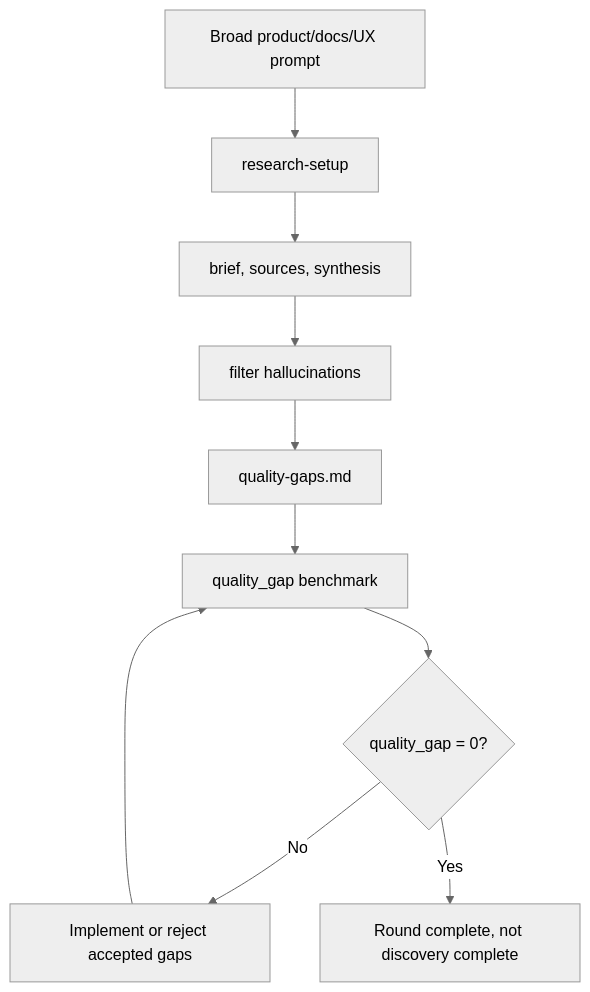
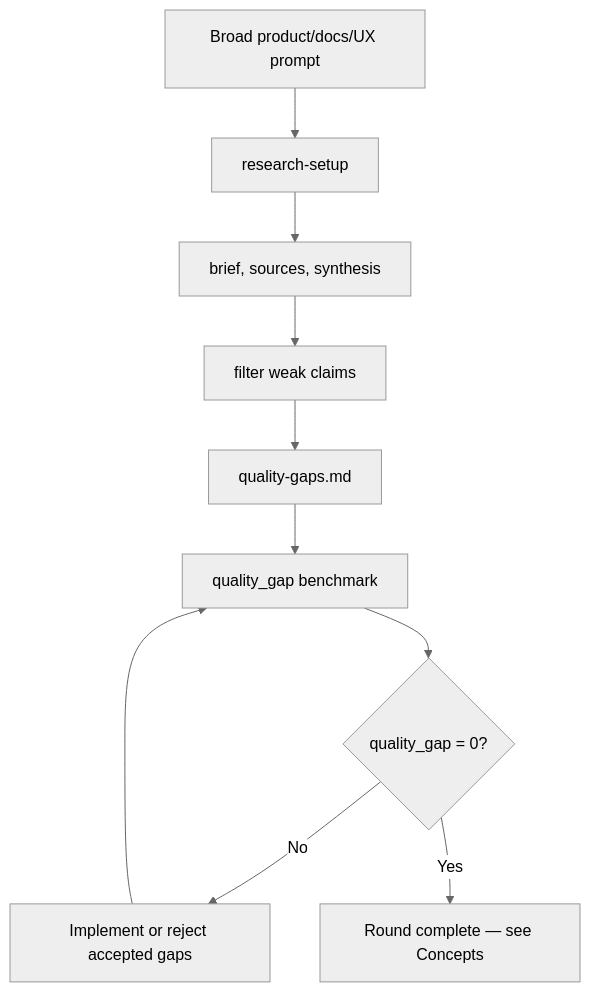
One commit to TheGreenCedar/codex-autoresearch changed the fifth of 6 diagrams in plugins/codex-autoresearch/docs/workflows.md. Above: the diagram before and after it, drawn with Mermaid (neutral theme). The commit also changed other lines of this file and 27 other files, not shown here.

````diff
--- a/plugins/codex-autoresearch/docs/workflows.md
+++ b/plugins/codex-autoresearch/docs/workflows.md
@@ -84,12 +84,12 @@
 ```mermaid
 flowchart TD
   A["Broad product/docs/UX prompt"] --> B["research-setup"]
   B --> C["brief, sources, synthesis"]
-  C --> D["filter hallucinations"]
+  C --> D["filter weak claims"]
   D --> E["quality-gaps.md"]
   E --> F["quality_gap benchmark"]
   F --> G{"quality_gap = 0?"}
   G -- "No" --> H["Implement or reject accepted gaps"]
   H --> F
-  G -- "Yes" --> I["Round complete, not discovery complete"]
+  G -- "Yes" --> I["Round complete — see Concepts"]
 ```
````
